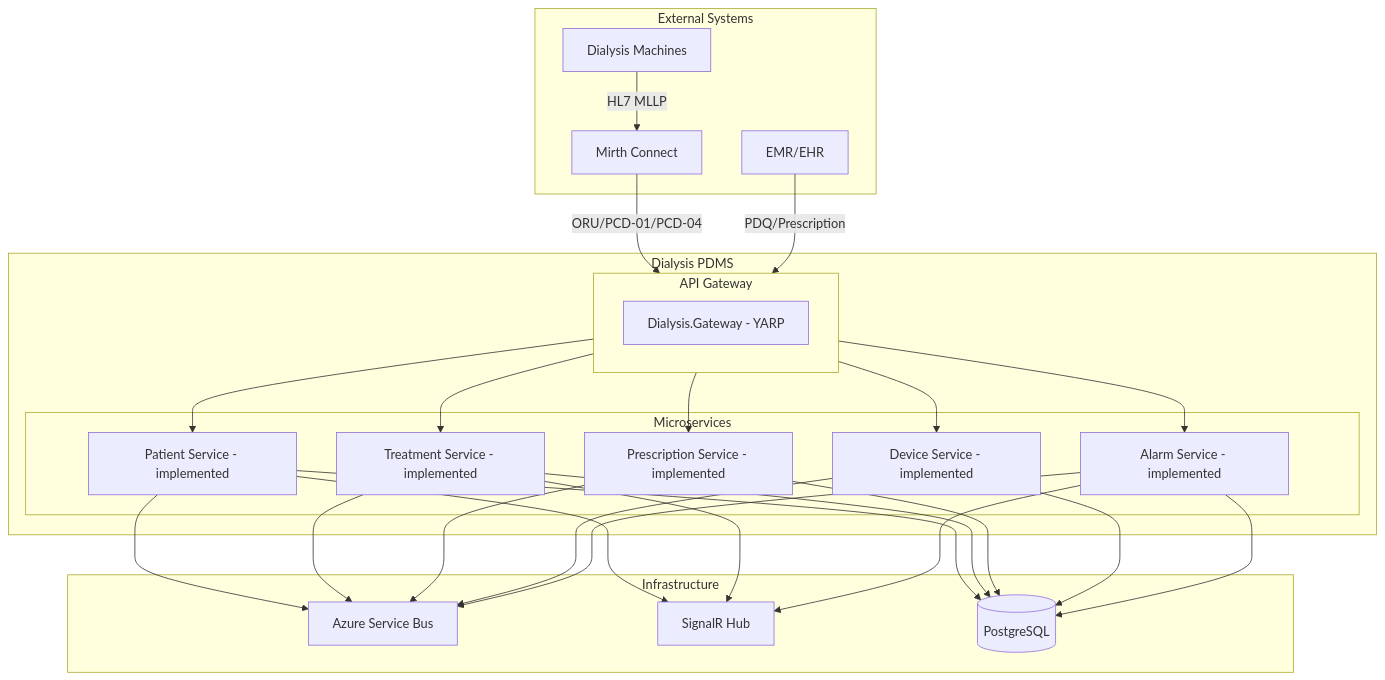
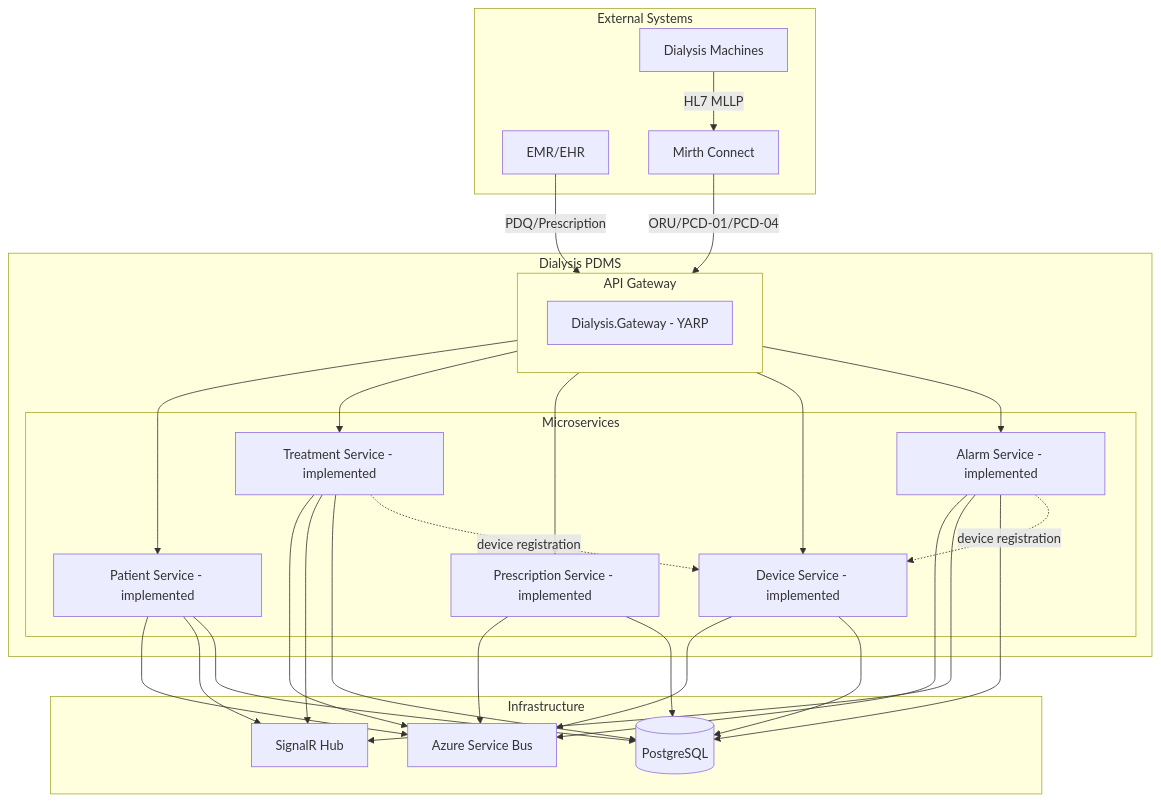
Before and after one commit to Ahmed-Shehzad/Dialysis: the first of 12 diagrams in docs/SYSTEM-ARCHITECTURE.md, drawn with Mermaid. The commit also changed other lines of this file and 59 other files, not shown here.

````diff
--- a/docs/SYSTEM-ARCHITECTURE.md
+++ b/docs/SYSTEM-ARCHITECTURE.md
@@ -22,54 +22,57 @@
 ```mermaid
 flowchart TB
     subgraph ExternalSystems [External Systems]
         DialysisMachines[Dialysis Machines]
         EMR[EMR/EHR]
         Mirth[Mirth Connect]
     end
 
     subgraph PDMS [Dialysis PDMS]
         subgraph API [API Gateway]
             ApiHost[Dialysis.Gateway - YARP]
         end
 
         subgraph Services [Microservices]
             PatientSvc[Patient Service - implemented]
             TreatmentSvc[Treatment Service - implemented]
             PrescriptionSvc[Prescription Service - implemented]
             DeviceSvc[Device Service - implemented]
             AlarmSvc[Alarm Service - implemented]
         end
     end
 
     subgraph Infrastructure [Infrastructure]
         AzureSB[Azure Service Bus]
         SignalRHub[SignalR Hub]
         Postgres[(PostgreSQL)]
     end
 
     DialysisMachines -->|HL7 MLLP| Mirth
     Mirth -->|ORU/PCD-01/PCD-04| API
     EMR -->|PDQ/Prescription| API
 
     API --> PatientSvc
     API --> TreatmentSvc
     API --> PrescriptionSvc
     API --> DeviceSvc
     API --> AlarmSvc
 
     PatientSvc --> AzureSB
     TreatmentSvc --> AzureSB
     PrescriptionSvc --> AzureSB
     DeviceSvc --> AzureSB
     AlarmSvc --> AzureSB
 
     PatientSvc --> SignalRHub
     TreatmentSvc --> SignalRHub
     AlarmSvc --> SignalRHub
 
     PatientSvc --> Postgres
     TreatmentSvc --> Postgres
     PrescriptionSvc --> Postgres
     DeviceSvc --> Postgres
     AlarmSvc --> Postgres
+
+    TreatmentSvc -.->|device registration| DeviceSvc
+    AlarmSvc -.->|device registration| DeviceSvc
 ```
````
